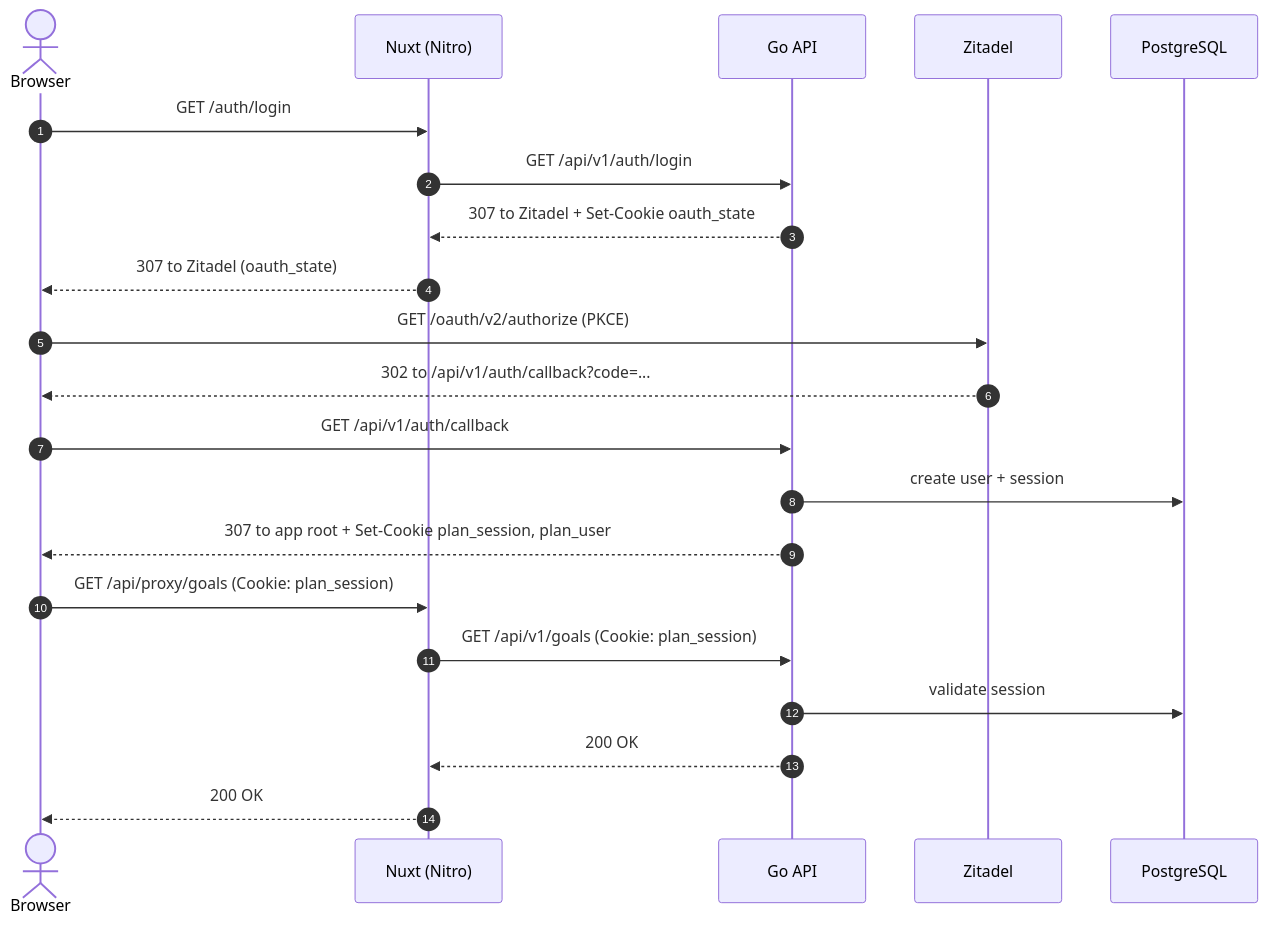
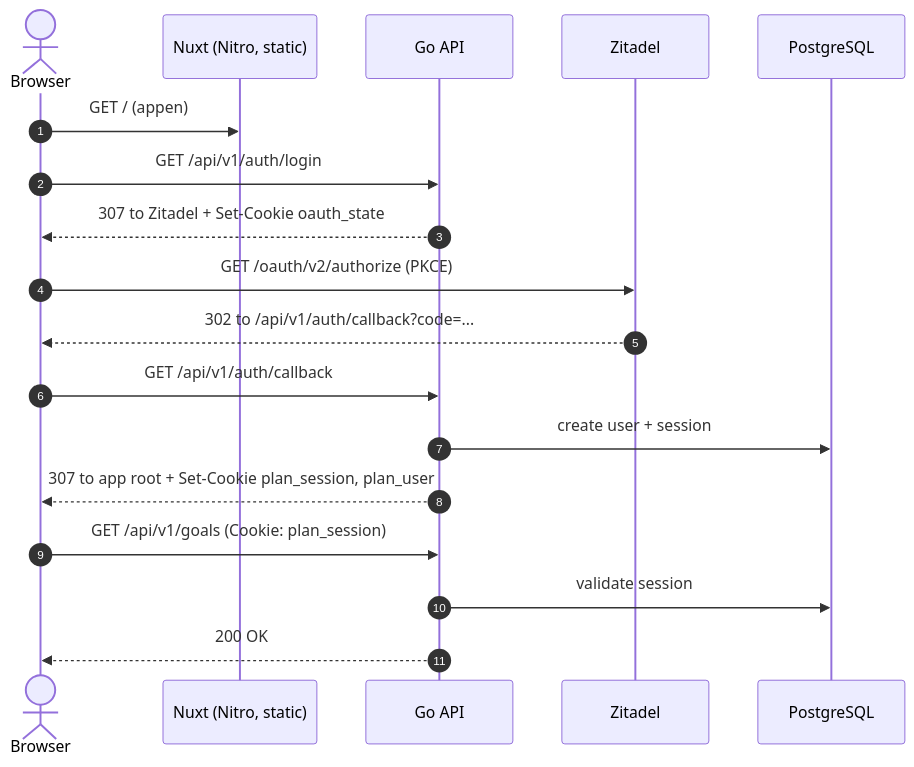
The first of 3 diagrams in README.md (simonbrundin/plan), drawn with Mermaid before and after one commit. The commit also changed other lines of this file and 50 other files, not shown here.

````diff
--- a/README.md
+++ b/README.md
@@ -31,24 +31,21 @@
 ```mermaid
 sequenceDiagram
     autonumber
     actor B as Browser
-    participant N as Nuxt (Nitro)
+    participant N as Nuxt (Nitro, static)
     participant G as Go API
     participant Z as Zitadel
     participant D as PostgreSQL
 
-    B->>N: GET /auth/login
-    N->>G: GET /api/v1/auth/login
-    G-->>N: 307 to Zitadel + Set-Cookie oauth_state
-    N-->>B: 307 to Zitadel (oauth_state)
+    B->>N: GET / (appen)
+    B->>G: GET /api/v1/auth/login
+    G-->>B: 307 to Zitadel + Set-Cookie oauth_state
     B->>Z: GET /oauth/v2/authorize (PKCE)
     Z-->>B: 302 to /api/v1/auth/callback?code=...
     B->>G: GET /api/v1/auth/callback
     G->>D: create user + session
     G-->>B: 307 to app root + Set-Cookie plan_session, plan_user
-    B->>N: GET /api/proxy/goals (Cookie: plan_session)
-    N->>G: GET /api/v1/goals (Cookie: plan_session)
+    B->>G: GET /api/v1/goals (Cookie: plan_session)
     G->>D: validate session
-    G-->>N: 200 OK
-    N-->>B: 200 OK
+    G-->>B: 200 OK
 ```
````
